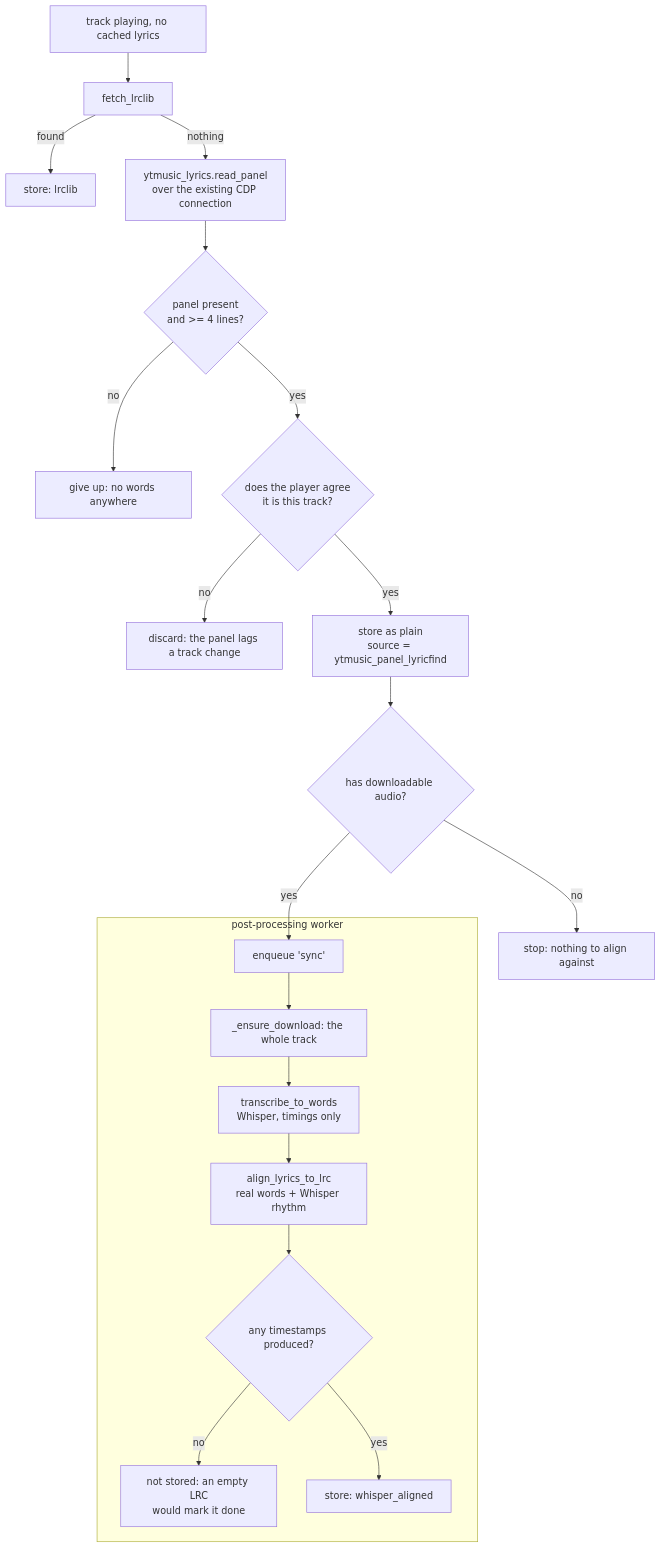
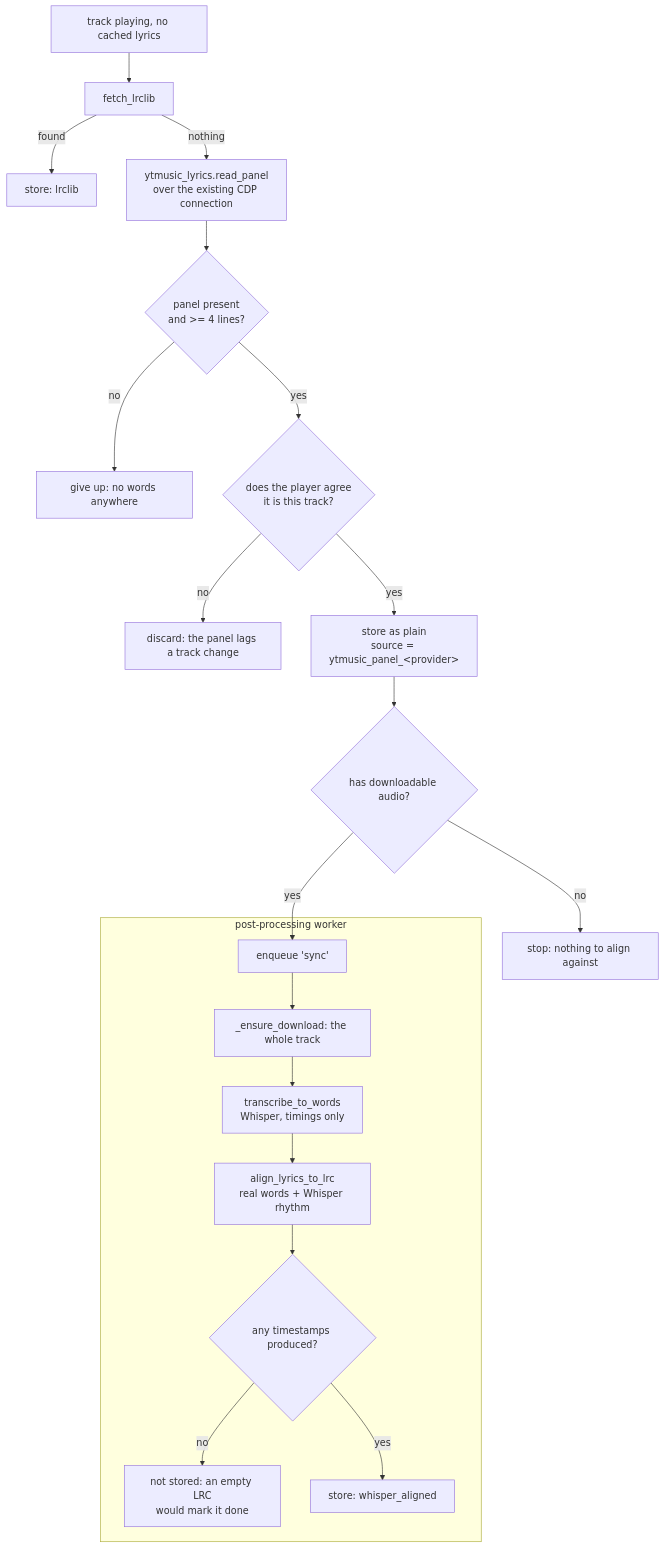
One commit to violetina/karaoke changed the seventh of 7 diagrams in docs/flows.md. Above: the diagram before and after it, drawn with Mermaid. The commit also changed other lines of this file and 2 other files, not shown here.

````diff
--- a/docs/flows.md
+++ b/docs/flows.md
@@ -262,22 +288,22 @@
 ```mermaid
 flowchart TD
     A[track playing, no cached lyrics] --> B[fetch_lrclib]
     B -- found --> Z[store: lrclib]
     B -- nothing --> C[ytmusic_lyrics.read_panel<br/>over the existing CDP connection]
     C --> C1{panel present<br/>and >= 4 lines?}
     C1 -- no --> E1[give up: no words anywhere]
     C1 -- yes --> D{does the player agree<br/>it is this track?}
     D -- no --> E2[discard: the panel lags a track change]
-    D -- yes --> F[store as plain<br/>source = ytmusic_panel_lyricfind]
+    D -- yes --> F[store as plain<br/>source = ytmusic_panel_&lt;provider&gt;]
     F --> G{has downloadable audio?}
     G -- no --> E3[stop: nothing to align against]
     G -- yes --> H[enqueue 'sync']
     subgraph worker[post-processing worker]
         H --> I[_ensure_download: the whole track]
         I --> J[transcribe_to_words<br/>Whisper, timings only]
         J --> K[align_lyrics_to_lrc<br/>real words + Whisper rhythm]
         K --> L{any timestamps produced?}
         L -- no --> E4[not stored: an empty LRC<br/>would mark it done]
         L -- yes --> M[store: whisper_aligned]
     end
 ```
````
